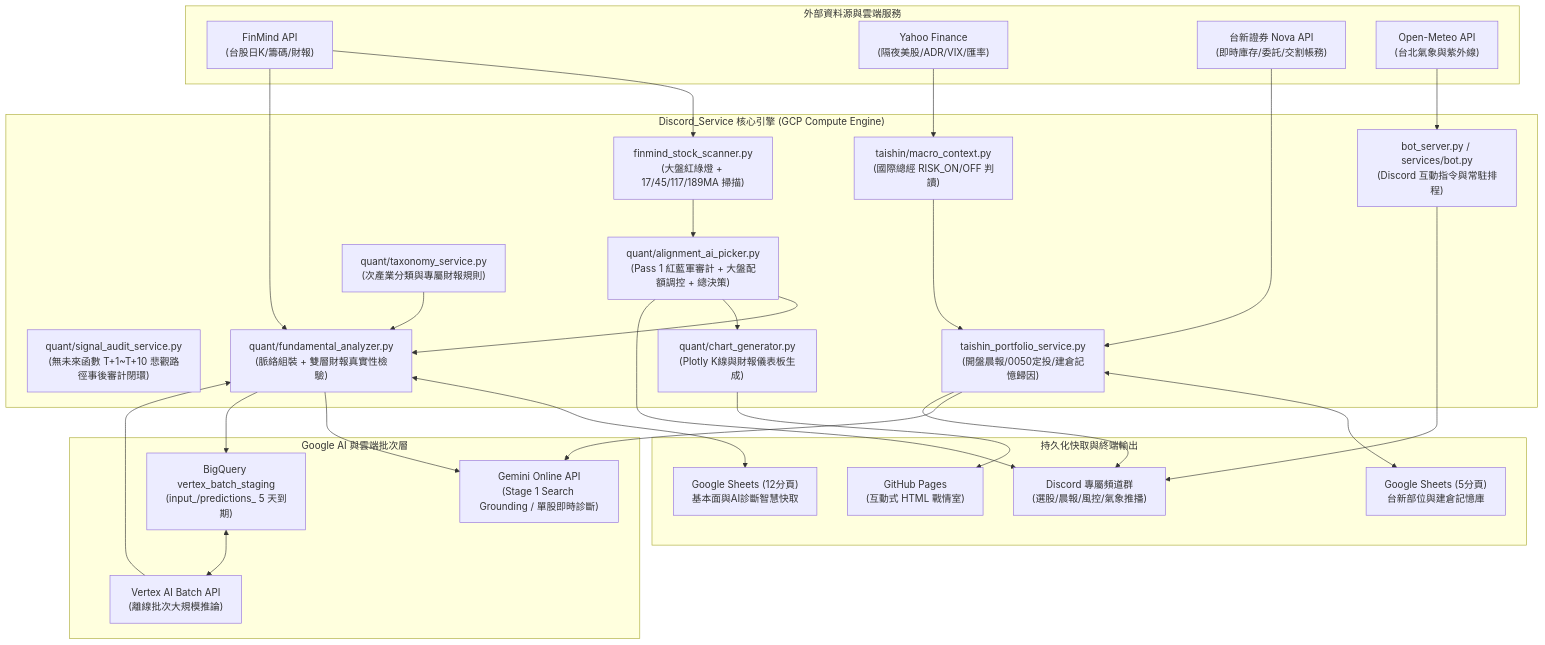
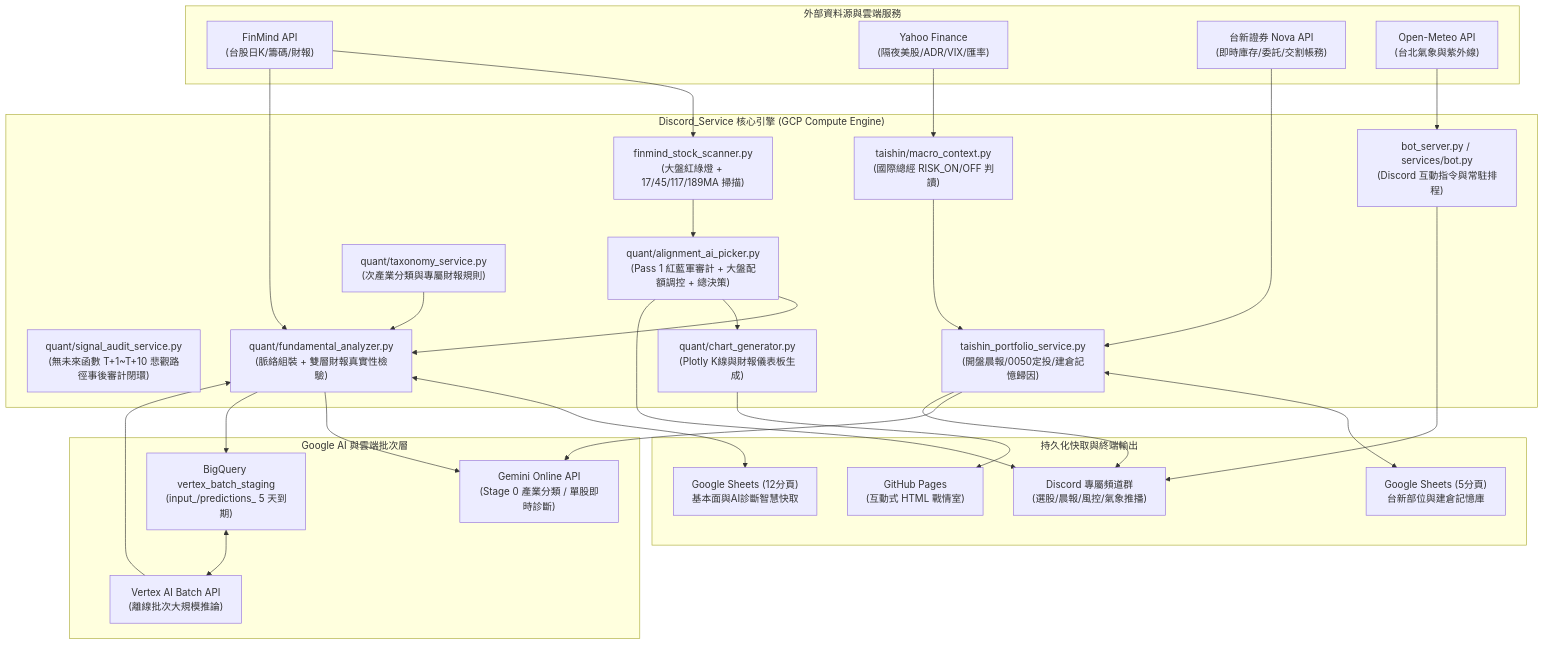
The first of 3 diagrams in discord_service_sasd.md (NickChung0725/Discord_Service), drawn with Mermaid before and after one commit. The commit also changed other lines of this file and 8 other files, not shown here.

````diff
--- a/discord_service_sasd.md
+++ b/discord_service_sasd.md
@@ -92,60 +92,60 @@
 ```mermaid
 graph TB
     subgraph External_Data["外部資料源與雲端服務"]
         FM["FinMind API<br/>(台股日K/籌碼/財報)"]
         YF["Yahoo Finance<br/>(隔夜美股/ADR/VIX/匯率)"]
         TS["台新證券 Nova API<br/>(即時庫存/委託/交割帳務)"]
         OM["Open-Meteo API<br/>(台北氣象與紫外線)"]
     end
 
     subgraph Core_Engine["Discord_Service 核心引擎 (GCP Compute Engine)"]
         BOT["bot_server.py / services/bot.py<br/>(Discord 互動指令與常駐排程)"]
         SCAN["finmind_stock_scanner.py<br/>(大盤紅綠燈 + 17/45/117/189MA 掃描)"]
         PICK["quant/alignment_ai_picker.py<br/>(Pass 1 紅藍軍審計 + 大盤配額調控 + 總決策)"]
         AUDIT["quant/signal_audit_service.py<br/>(無未來函數 T+1~T+10 悲觀路徑事後審計閉環)"]
         FA["quant/fundamental_analyzer.py<br/>(脈絡組裝 + 雙層財報真實性檢驗)"]
         TAX["quant/taxonomy_service.py<br/>(次產業分類與專屬財報規則)"]
         PORT["taishin_portfolio_service.py<br/>(開盤晨報/0050定投/建倉記憶歸因)"]
         MACRO["taishin/macro_context.py<br/>(國際總經 RISK_ON/OFF 判讀)"]
         CHART["quant/chart_generator.py<br/>(Plotly K線與財報儀表板生成)"]
     end
 
     subgraph AI_Layer["Google AI 與雲端批次層"]
-        GEMINI["Gemini Online API<br/>(Stage 1 Search Grounding / 單股即時診斷)"]
+        GEMINI["Gemini Online API<br/>(Stage 0 產業分類 / 單股即時診斷)"]
         GCS["BigQuery vertex_batch_staging<br/>(input_/predictions_ 5 天到期)"]
         VERTEX["Vertex AI Batch API<br/>(離線批次大規模推論)"]
     end
 
     subgraph Storage_Output["持久化快取與終端輸出"]
         GS_FUND["Google Sheets (12分頁)<br/>基本面與AI診斷智慧快取"]
         GS_PORT["Google Sheets (5分頁)<br/>台新部位與建倉記憶庫"]
         GHP["GitHub Pages<br/>(互動式 HTML 戰情室)"]
         DC["Discord 專屬頻道群<br/>(選股/晨報/風控/氣象推播)"]
     end
 
     FM --> SCAN
     FM --> FA
     YF --> MACRO
     TS --> PORT
     OM --> BOT
 
     SCAN --> PICK
     TAX --> FA
     PICK --> FA
     MACRO --> PORT
 
     FA <--> GS_FUND
     PORT <--> GS_PORT
 
     FA --> GEMINI
     PORT --> GEMINI
     FA --> GCS
     GCS <--> VERTEX
     VERTEX --> FA
 
     CHART --> GHP
     PICK --> CHART
     PICK --> DC
     PORT --> DC
     BOT --> DC
 ```
````
